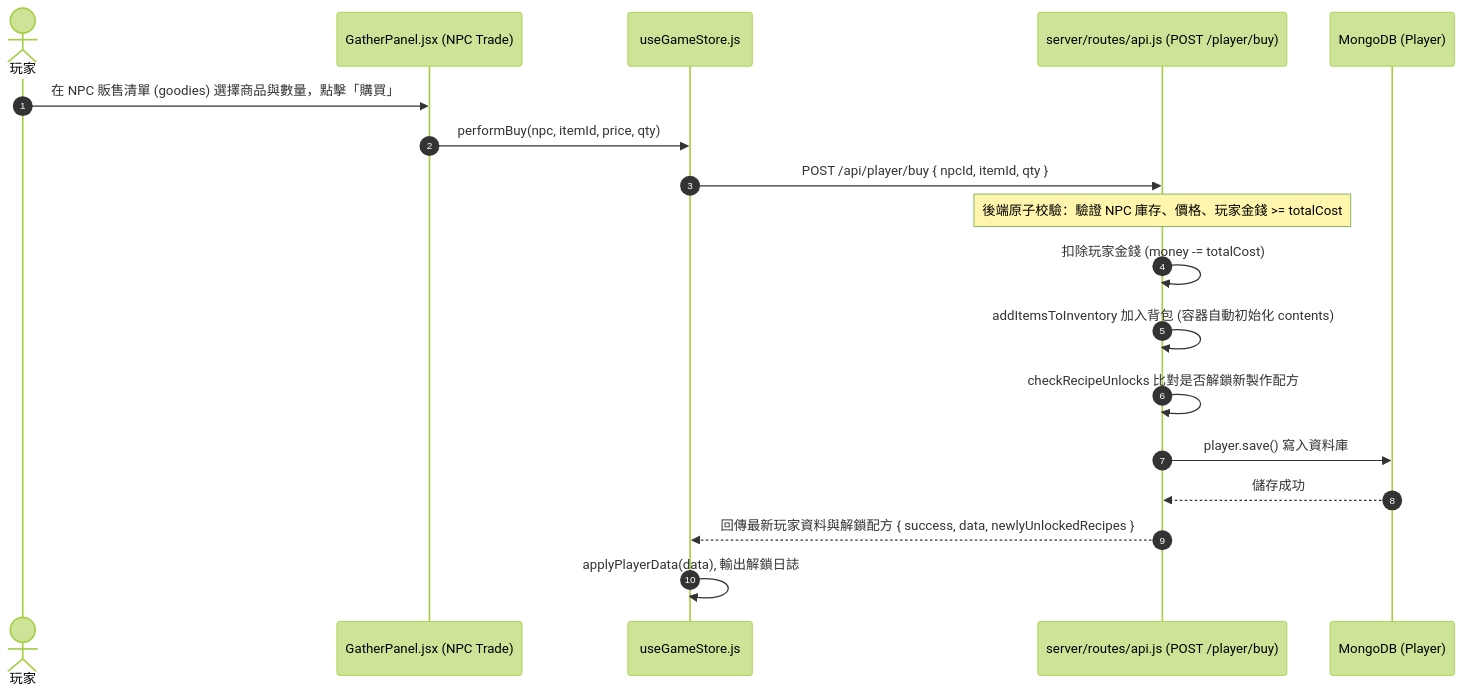
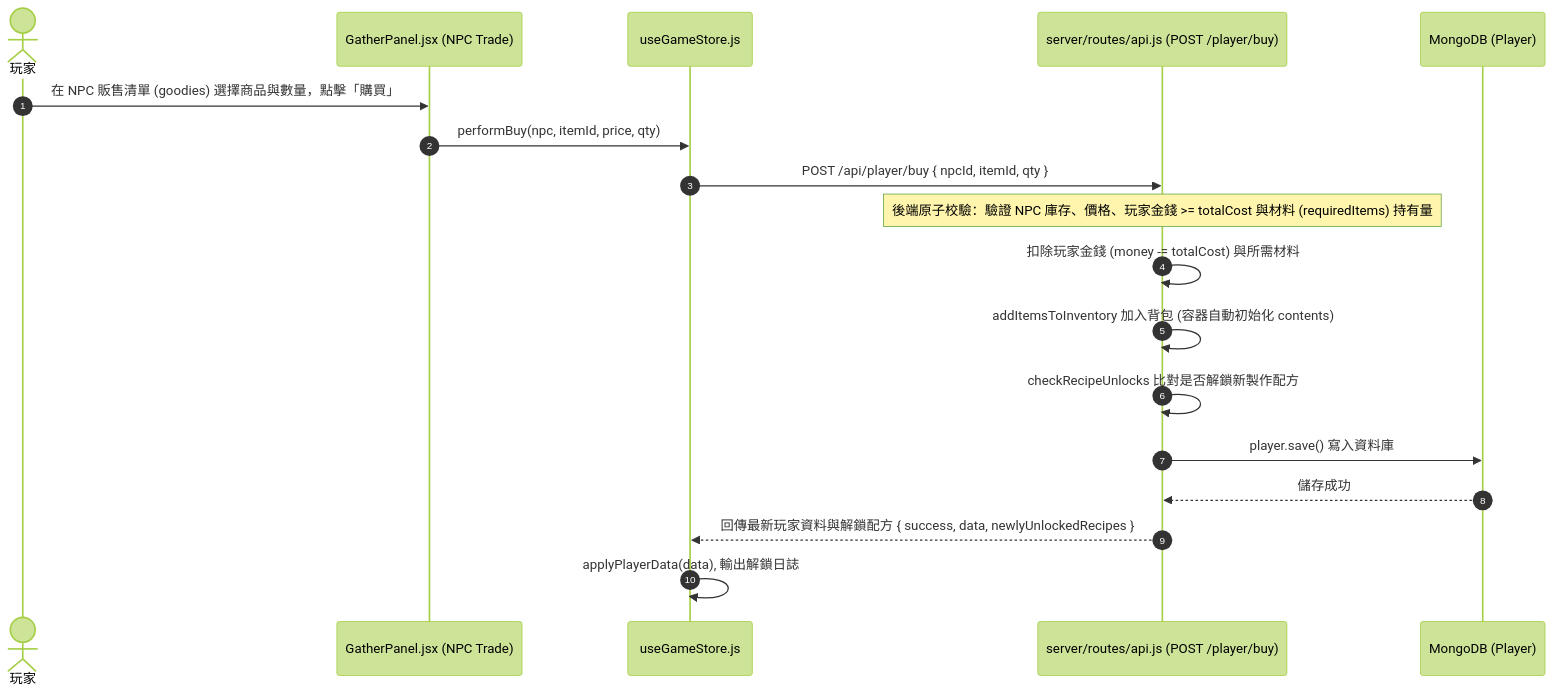
The seventh of 17 diagrams in README.md (csiehsu/Aether-Immersion), drawn with Mermaid (forest theme) before and after one commit. The commit also changed other lines of this file and 18 other files, not shown here.

````diff
--- a/README.md
+++ b/README.md
@@ -502,21 +538,21 @@
 ```mermaid
 sequenceDiagram
     autonumber
     actor Player as 玩家
     participant View as GatherPanel.jsx (NPC Trade)
     participant Store as useGameStore.js
     participant API as server/routes/api.js (POST /player/buy)
     participant DB as MongoDB (Player)
 
     Player->>View: 在 NPC 販售清單 (goodies) 選擇商品與數量，點擊「購買」
     View->>Store: performBuy(npc, itemId, price, qty)
     Store->>API: POST /api/player/buy { npcId, itemId, qty }
-    Note over API: 後端原子校驗：驗證 NPC 庫存、價格、玩家金錢 >= totalCost
-    API->>API: 扣除玩家金錢 (money -= totalCost)
+    Note over API: 後端原子校驗：驗證 NPC 庫存、價格、玩家金錢 >= totalCost 與材料 (requiredItems) 持有量
+    API->>API: 扣除玩家金錢 (money -= totalCost) 與所需材料
     API->>API: addItemsToInventory 加入背包 (容器自動初始化 contents)
     API->>API: checkRecipeUnlocks 比對是否解鎖新製作配方
     API->>DB: player.save() 寫入資料庫
     DB-->>API: 儲存成功
     API-->>Store: 回傳最新玩家資料與解鎖配方 { success, data, newlyUnlockedRecipes }
     Store->>Store: applyPlayerData(data), 輸出解鎖日誌
 ```
````
